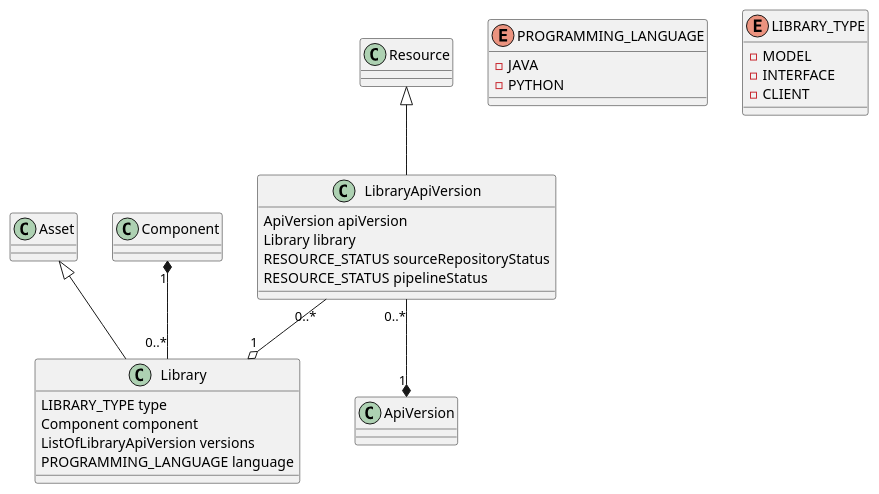
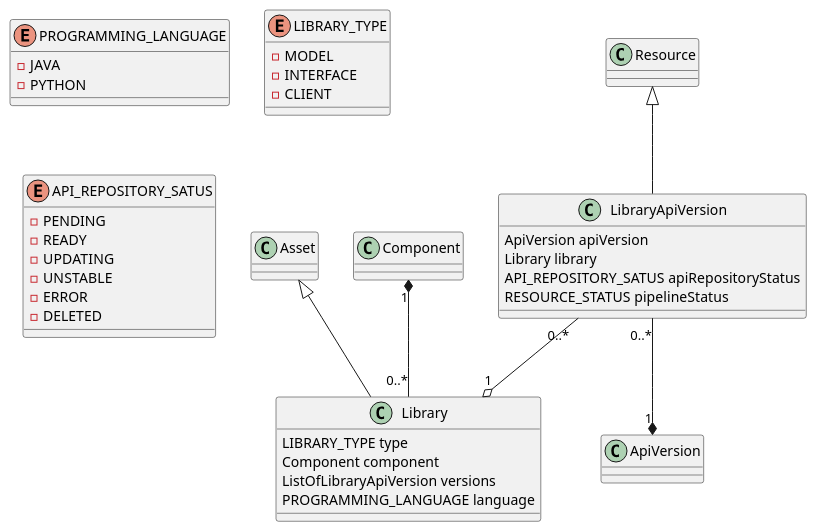
Before and after one commit to kathra-project/specifications: the diagram in Use cases/Library/model.puml, drawn with PlantUML. The commit also changed 26 other files, not shown here.

```diff
--- a/Use cases/Library/model.puml
+++ b/Use cases/Library/model.puml
@@ -1,33 +1,43 @@
 @startuml
 
 Asset <|-- Library
 class  Library {
   LIBRARY_TYPE type
   Component component
   ListOfLibraryApiVersion versions
   PROGRAMMING_LANGUAGE language
 }
 Component "1" *-- "0..*" Library
 
 enum PROGRAMMING_LANGUAGE {
          - JAVA
          - PYTHON
 }
 
 enum LIBRARY_TYPE {
          - MODEL
          - INTERFACE
          - CLIENT
 }
 
 class LibraryApiVersion {
   ApiVersion apiVersion
   Library library
-  RESOURCE_STATUS sourceRepositoryStatus
+  API_REPOSITORY_SATUS apiRepositoryStatus
   RESOURCE_STATUS pipelineStatus
 }
+
+enum API_REPOSITORY_SATUS {
+         - PENDING
+         - READY
+         - UPDATING
+         - UNSTABLE
+         - ERROR
+         - DELETED
+}
+
 Resource <|-- LibraryApiVersion
 LibraryApiVersion "0..*" --o "1" Library
 LibraryApiVersion "0..*" --* "1" ApiVersion
 
 @enduml
```
